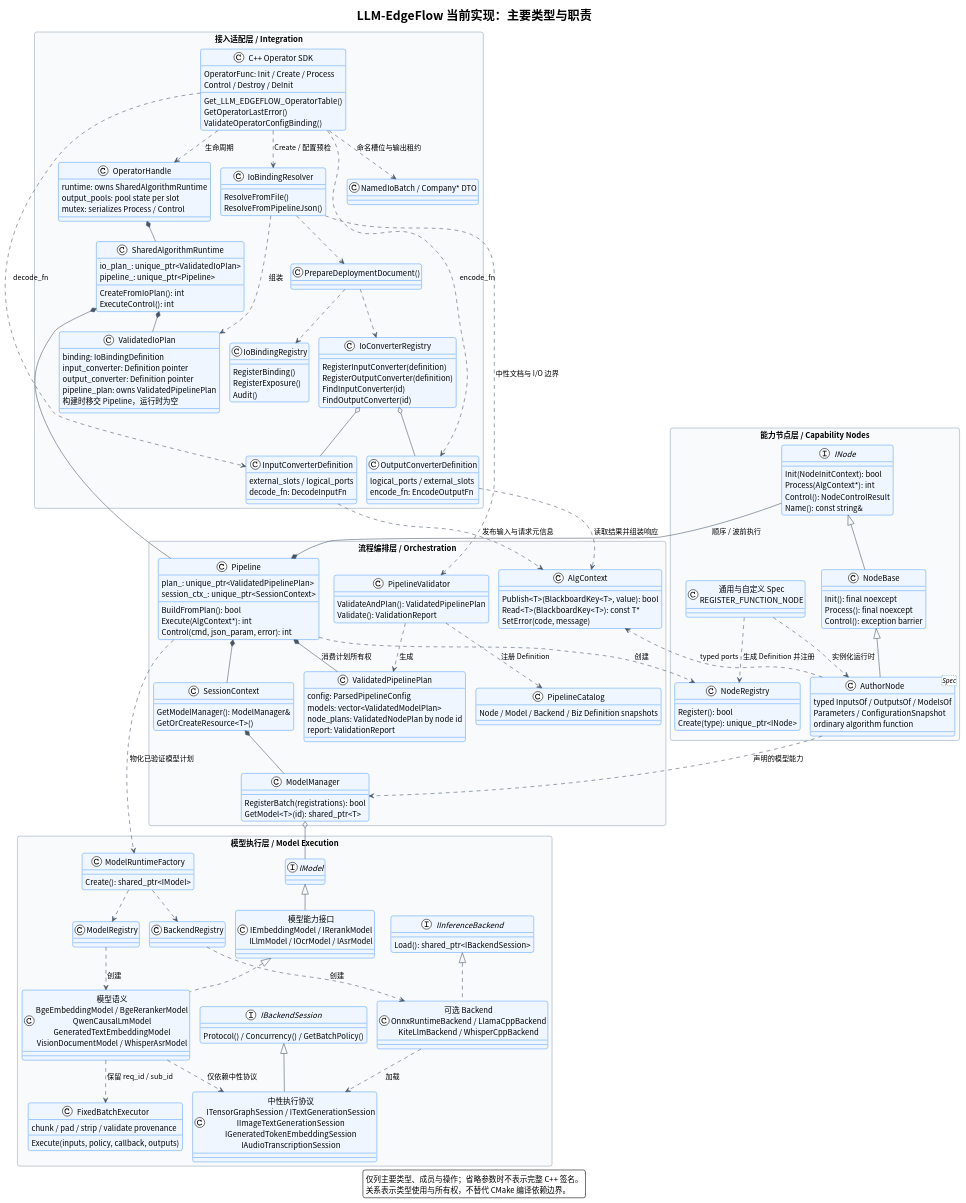
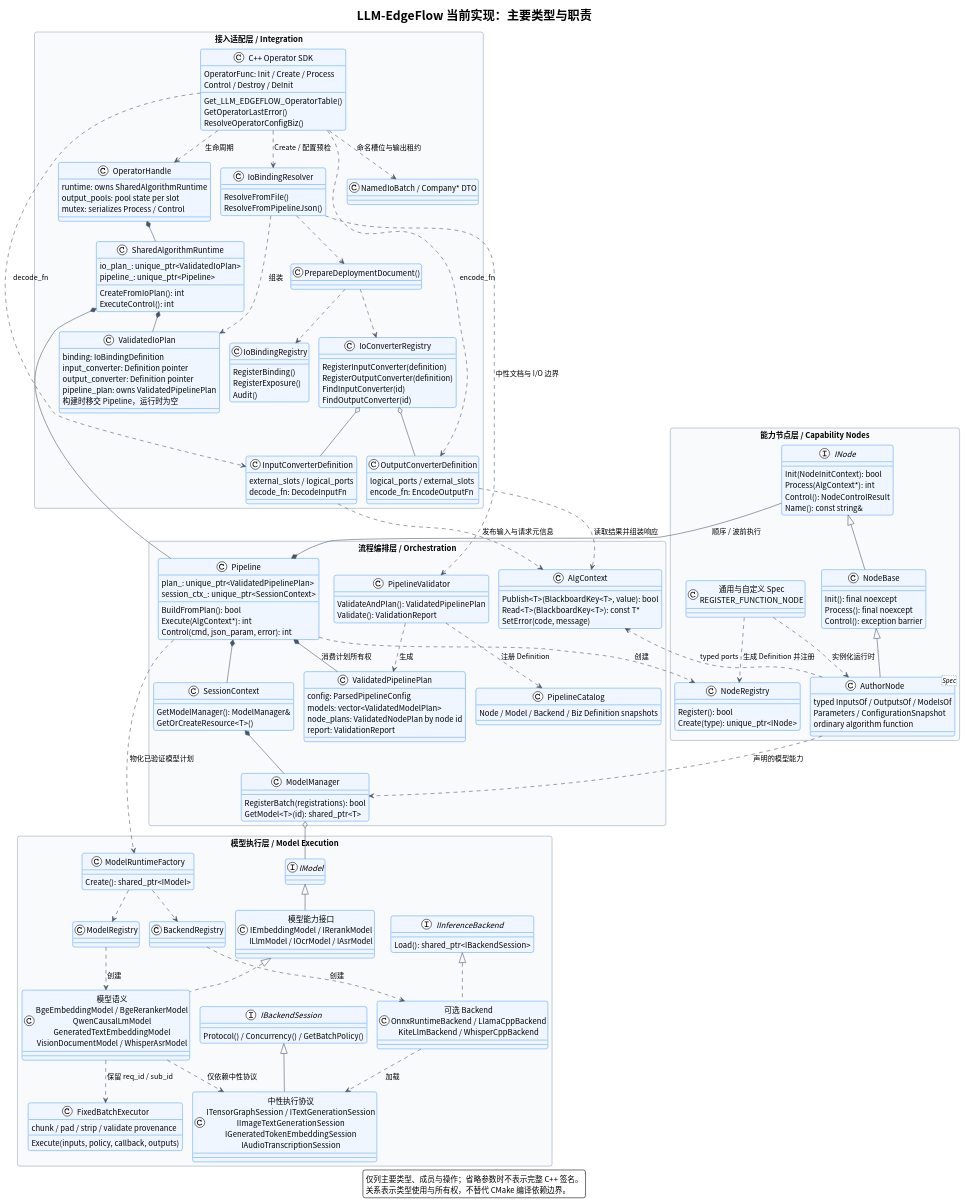
Before and after one commit to chamsechan/LLM-EdgeFlow: the diagram in doc/architecture.puml, drawn with PlantUML. The commit also changed 144 other files, not shown here.

```diff
--- a/doc/architecture.puml
+++ b/doc/architecture.puml
@@ -23,7 +23,7 @@
   class "C++ Operator SDK" as Operator {
     Get_LLM_EDGEFLOW_OperatorTable()
     GetOperatorLastError()
-    ValidateOperatorConfigBinding()
+    ResolveOperatorConfigBiz()
     OperatorFunc: Init / Create / Process
     Control / Destroy / DeInit
   }
```
